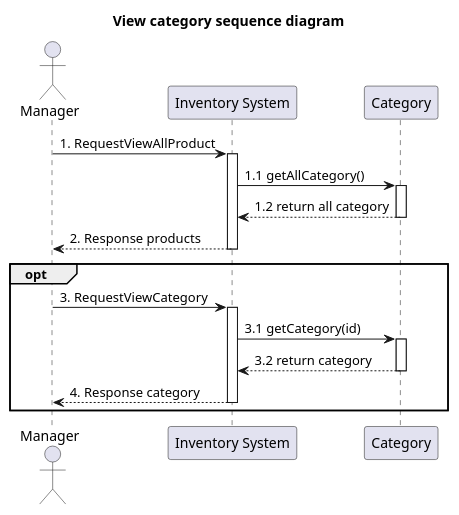
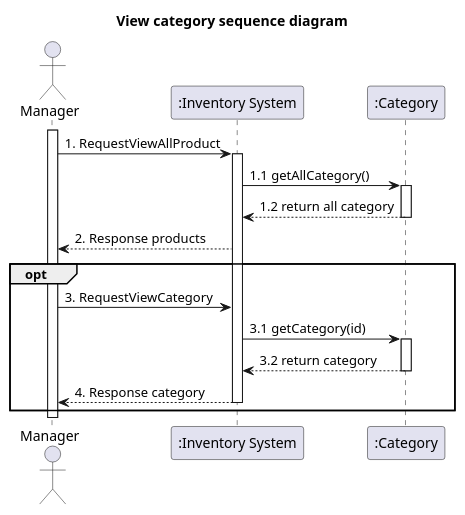
One commit to billowdev/inventory-system-plantuml-sequelize-seeder-example changed the diagram in system-analysis/sequence/_3_1_sequence-view-category.puml. Above: the diagram before and after it, drawn with PlantUML. The commit also changed 22 other files, not shown here.

Commit message:
update sequence diagram and add overview sequence

```diff
--- a/system-analysis/sequence/_3_1_sequence-view-category.puml
+++ b/system-analysis/sequence/_3_1_sequence-view-category.puml
@@ -1,40 +1,42 @@
 @startuml
 'example
 title View category sequence diagram
 
 actor Manager as actorManager
-participant "Inventory System" as InventorySystem
-participant "Category" as classCategory
+participant ":Inventory System" as InventorySystem
+participant ":Category" as classCategory
 
+activate actorManager
 
 actorManager -> InventorySystem: 1. RequestViewAllProduct
 activate InventorySystem
 
 InventorySystem -> classCategory: 1.1 getAllCategory()
 activate classCategory
 
 classCategory --> InventorySystem: 1.2 return all category
 deactivate classCategory
 
 
 InventorySystem --> actorManager : 2. Response products
 
-deactivate InventorySystem
 
 
 opt
 actorManager -> InventorySystem: 3. RequestViewCategory
-activate InventorySystem
+
 
 InventorySystem -> classCategory: 3.1 getCategory(id)
 activate classCategory
 
 classCategory --> InventorySystem: 3.2 return category
 deactivate classCategory
 
 InventorySystem --> actorManager : 4. Response category
 
 deactivate InventorySystem
 end
 
+deactivate actorManager
+
 @enduml
```
